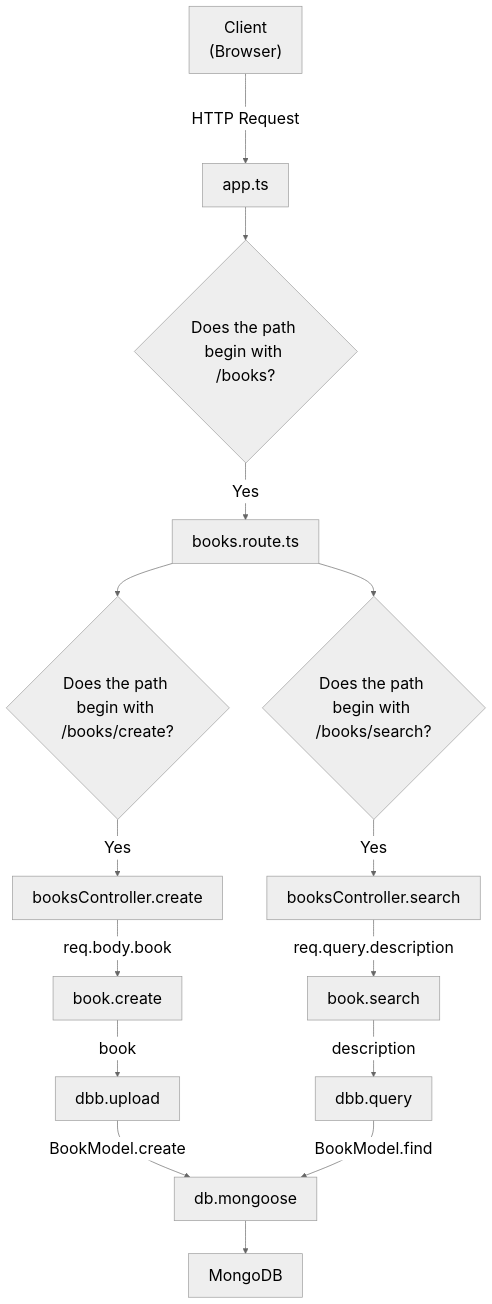
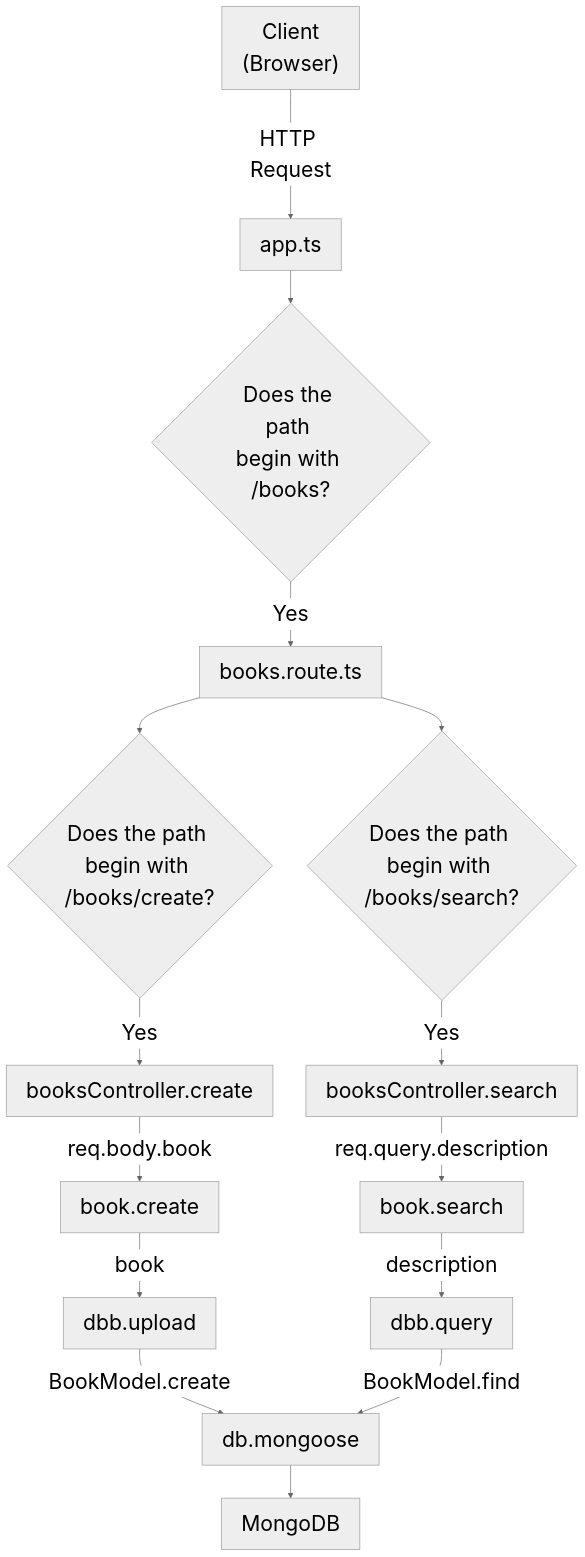
Before and after one commit to Sudokuru/lambda-test: the diagram in README.md, drawn with Mermaid.

Commit message:
Increased diagram font size

````diff
--- a/README.md
+++ b/README.md
@@ -27,18 +27,18 @@
 ```mermaid
-%%{init: {'theme': 'neutral', 'themeVariables': { 'fontSize': '24px', 'fontFamily': 'arial'}}}%%
+%%{init: {'theme': 'neutral', 'themeVariables': { 'fontSize': '32px', 'fontFamily': 'arial'}}}%%
 flowchart TD
     Client["Client\n(Browser)"] ---> |HTTP Request| app[app.ts]
     app --> books{Does the path \nbegin with /books?}
     books --> |Yes| route[books.route.ts]
     route --> booksCreate{Does the path \nbegin with /books/create?}
     route --> booksSearch{Does the path \nbegin with /books/search?}
     booksCreate --> |Yes| controlCreate[booksController.create]
     booksSearch --> |Yes| controlSearch[booksController.search]
     controlCreate --> |req.body.book| bookCreate[book.create]
     controlSearch --> |req.query.description| bookSearch[book.search]
     bookCreate --> |book| dbbUpload[dbb.upload]
     bookSearch --> |description| dbbQuery[dbb.query]
     dbbUpload --> |BookModel.create| mongoose[db.mongoose]
     dbbQuery --> |BookModel.find| mongoose
     mongoose --> db[MongoDB]
 ```
````
